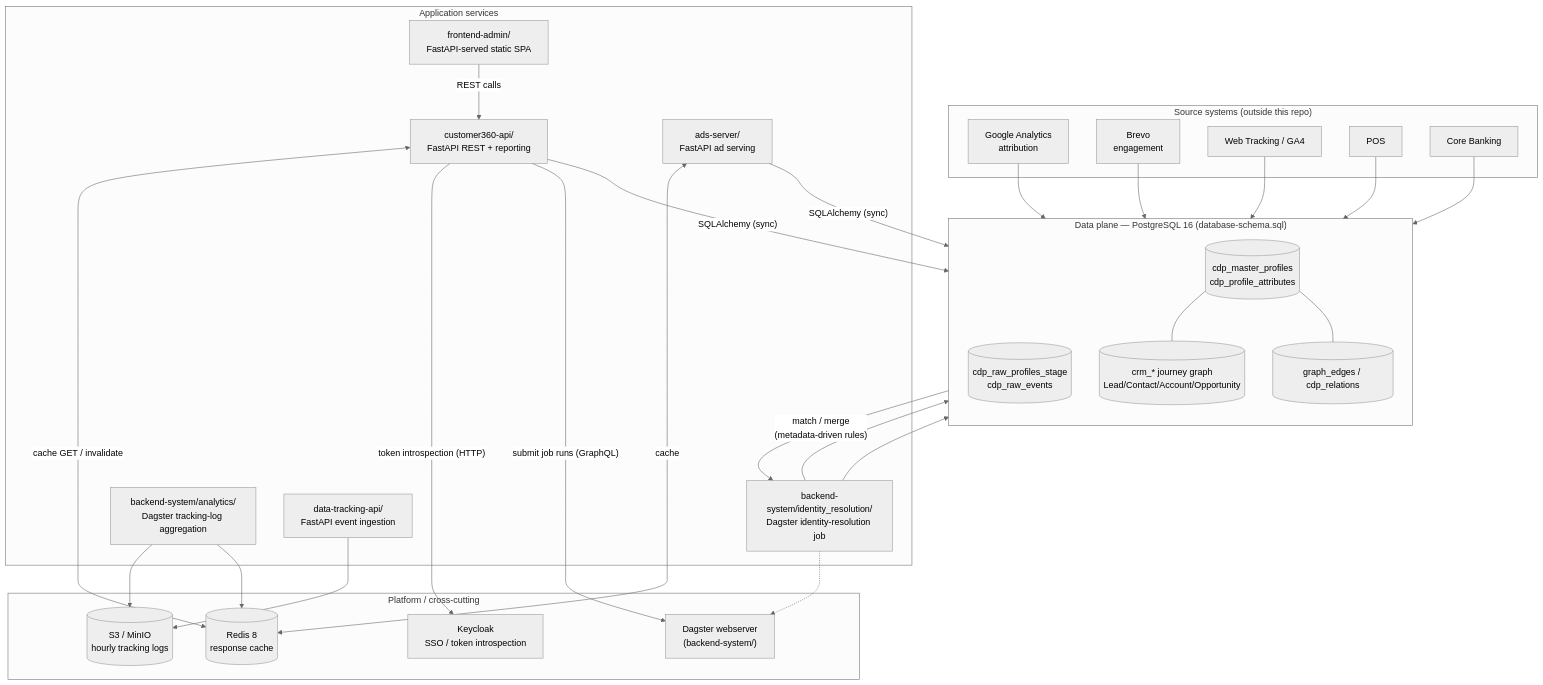
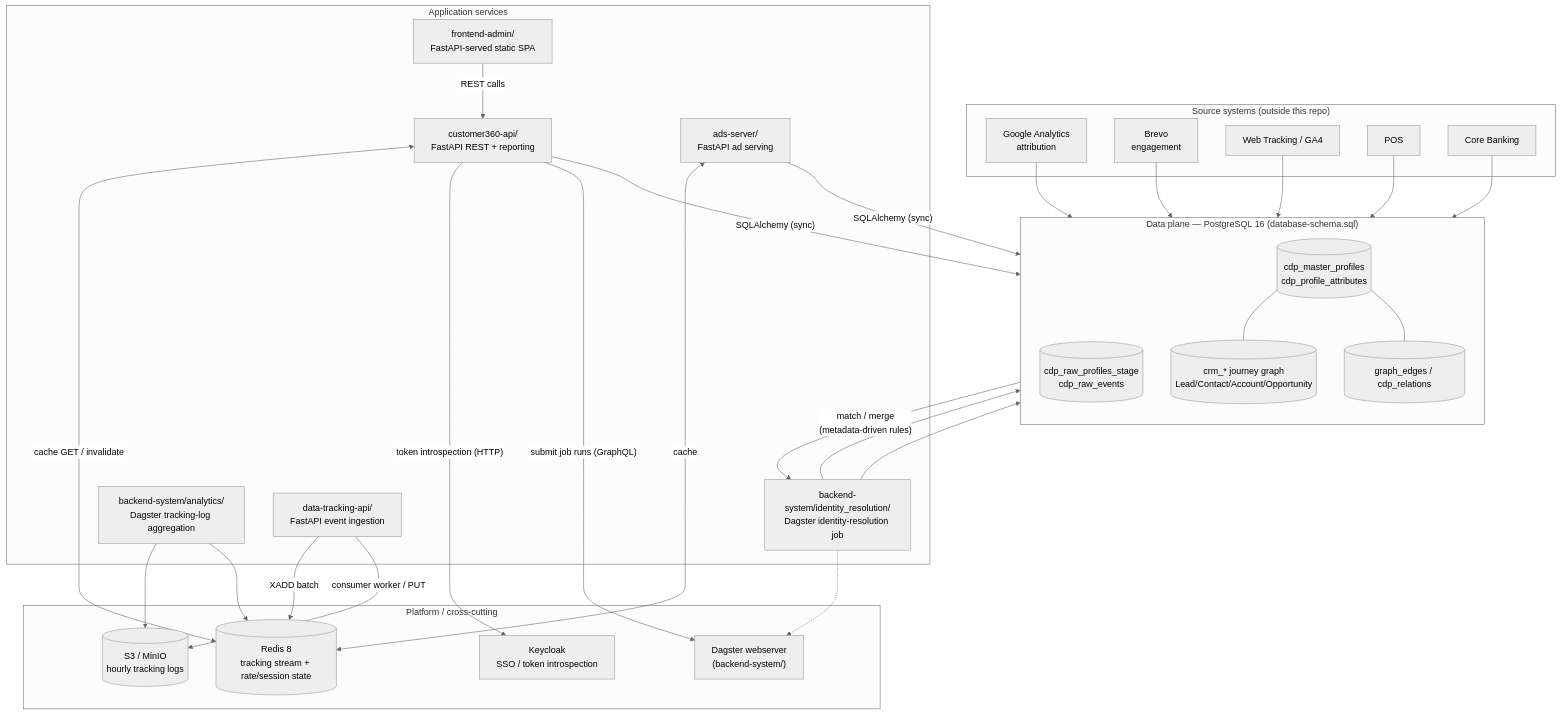
One commit to LEO-CDP/leo-customer360 changed the diagram in docs/architecture/TECHNICAL-DOCUMENTATION.md. Above: the diagram before and after it, drawn with Mermaid (neutral theme). The commit also changed other lines of this file and 29 other files, not shown here.

Commit message:
refactoring code, use Redis Stream for API log tracking

````diff
--- a/docs/architecture/TECHNICAL-DOCUMENTATION.md
+++ b/docs/architecture/TECHNICAL-DOCUMENTATION.md
@@ -49,59 +49,60 @@
 ```mermaid
 flowchart TB
     subgraph SOURCES["Source systems (outside this repo)"]
         AF[Google Analytics\nattribution]
         ME[Brevo\nengagement]
         WT[Web Tracking / GA4]
         POS[POS]
         CB[Core Banking]
     end
 
     subgraph DATA["Data plane — PostgreSQL 16 (database-schema.sql)"]
         direction TB
         RAW[(cdp_raw_profiles_stage\ncdp_raw_events)]
         MASTER[(cdp_master_profiles\ncdp_profile_attributes)]
         CRM[(crm_* journey graph\nLead/Contact/Account/Opportunity)]
         GRAPH[(graph_edges / cdp_relations)]
     end
 
     subgraph SERVICES["Application services"]
         CIR["backend-system/identity_resolution/\nDagster identity-resolution job"]
         ANALYTICS["backend-system/analytics/\nDagster tracking-log aggregation"]
         API["customer360-api/\nFastAPI REST + reporting"]
         TRACK["data-tracking-api/\nFastAPI event ingestion"]
         ADS["ads-server/\nFastAPI ad serving"]
         UI["frontend-admin/\nFastAPI-served static SPA"]
     end
 
     subgraph PLATFORM["Platform / cross-cutting"]
-        REDIS[(Redis 8\nresponse cache)]
+        REDIS[(Redis 8\ntracking stream + rate/session state)]
         KC[Keycloak\nSSO / token introspection]
         DAGSTER["Dagster webserver\n(backend-system/)"]
         OBJECTS[(S3 / MinIO\nhourly tracking logs)]
     end
 
     AF --> RAW
     ME --> RAW
     WT --> RAW
     POS --> RAW
     CB --> RAW
 
     RAW -- "match / merge\n(metadata-driven rules)" --> CIR
     CIR --> MASTER
     CIR --> RAW
 
     MASTER --- CRM
     MASTER --- GRAPH
 
     API -- "SQLAlchemy (sync)" --> DATA
     API <-- "cache GET / invalidate" --> REDIS
     API -- "token introspection (HTTP)" --> KC
     API -- "submit job runs (GraphQL)" --> DAGSTER
     CIR -.-> DAGSTER
-    TRACK --> OBJECTS
+    TRACK -- "XADD batch" --> REDIS
+    TRACK -- "consumer worker / PUT" --> OBJECTS
     ANALYTICS --> OBJECTS
     ANALYTICS --> REDIS
     ADS -- "SQLAlchemy (sync)" --> DATA
     ADS <-- "cache" --> REDIS
     UI -- "REST calls" --> API
 ```
````
